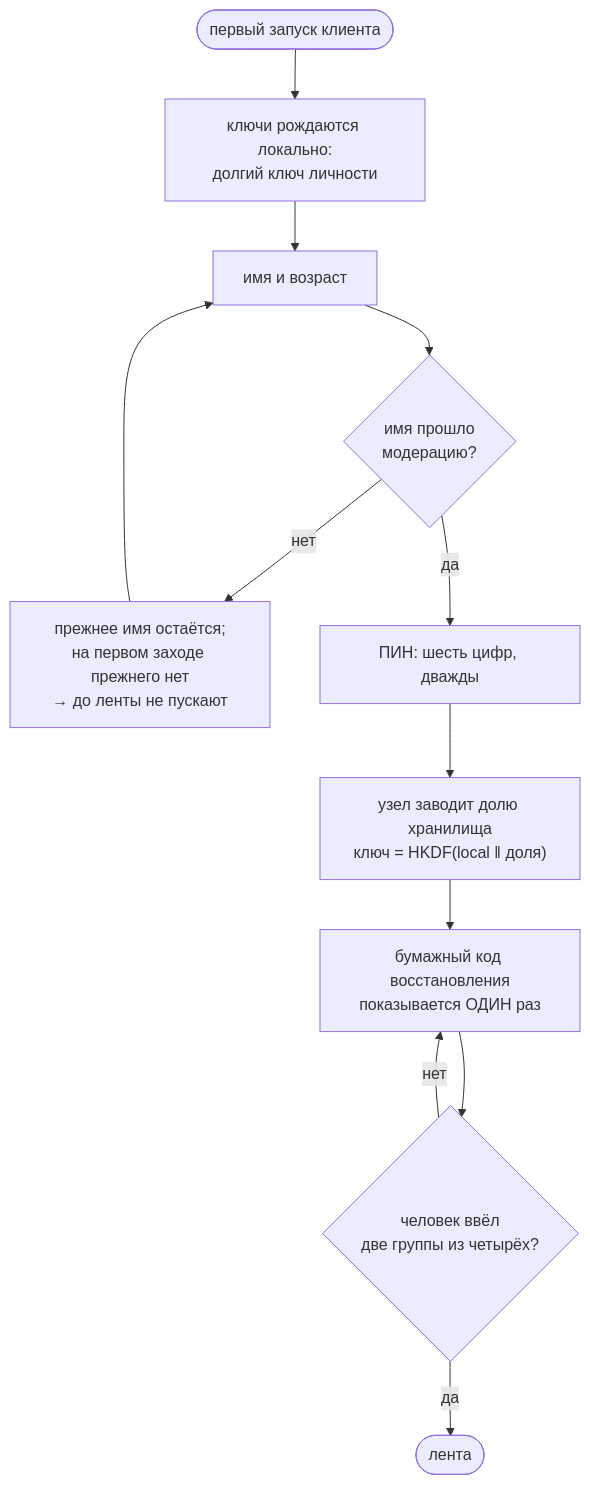
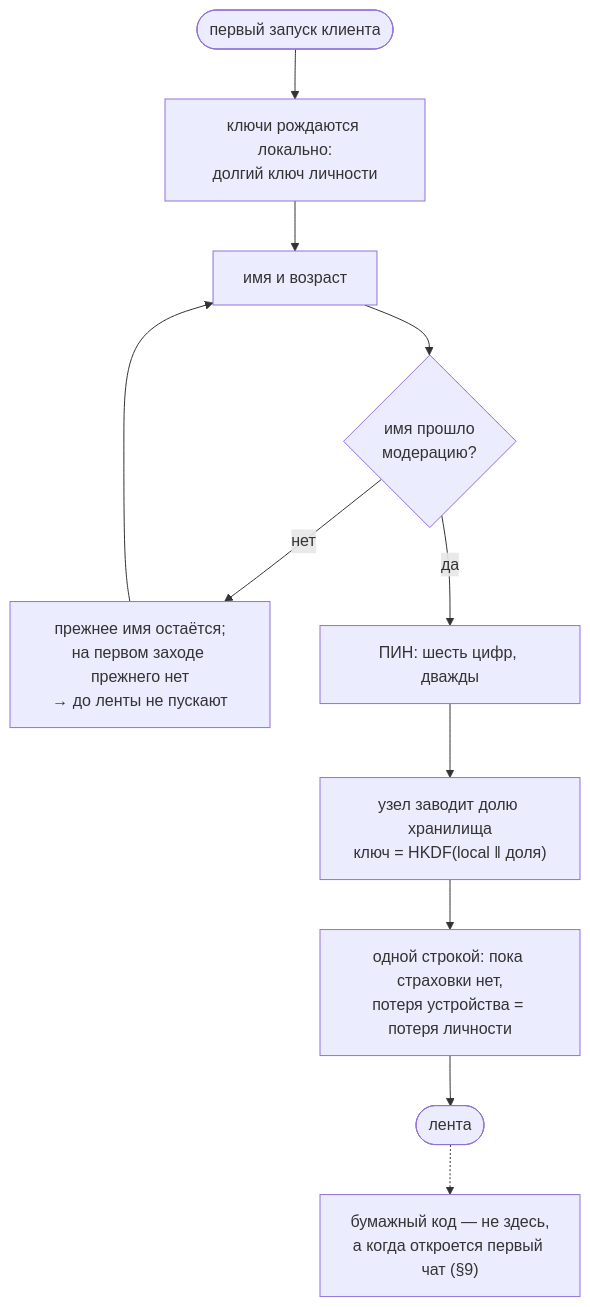
The first of 26 diagrams in docs/chat-flows_RU.md (panov-id/xor.ad), drawn with Mermaid before and after one commit. The commit also changed other lines of this file and 5 other files, not shown here.

````diff
--- a/docs/chat-flows_RU.md
+++ b/docs/chat-flows_RU.md
@@ -20,14 +20,13 @@
 ```mermaid
 flowchart TD
   start(["первый запуск клиента"]) --> keys["ключи рождаются локально:<br/>долгий ключ личности"]
   keys --> form["имя и возраст"]
   form --> mod{"имя прошло<br/>модерацию?"}
   mod -- "нет" --> again["прежнее имя остаётся;<br/>на первом заходе прежнего нет<br/>→ до ленты не пускают"]
   again --> form
   mod -- "да" --> pin["ПИН: шесть цифр, дважды"]
   pin --> share["узел заводит долю хранилища<br/>ключ = HKDF#40;local ‖ доля#41;"]
-  share --> paper["бумажный код восстановления<br/>показывается ОДИН раз"]
-  paper --> confirm{"человек ввёл<br/>две группы из четырёх?"}
-  confirm -- "нет" --> paper
-  confirm -- "да" --> feed(["лента"])
+  share --> warn["одной строкой: пока страховки нет,<br/>потеря устройства = потеря личности"]
+  warn --> feed(["лента"])
+  feed -.-> later["бумажный код — не здесь,<br/>а когда откроется первый чат #40;§9#41;"]
 ```
````
